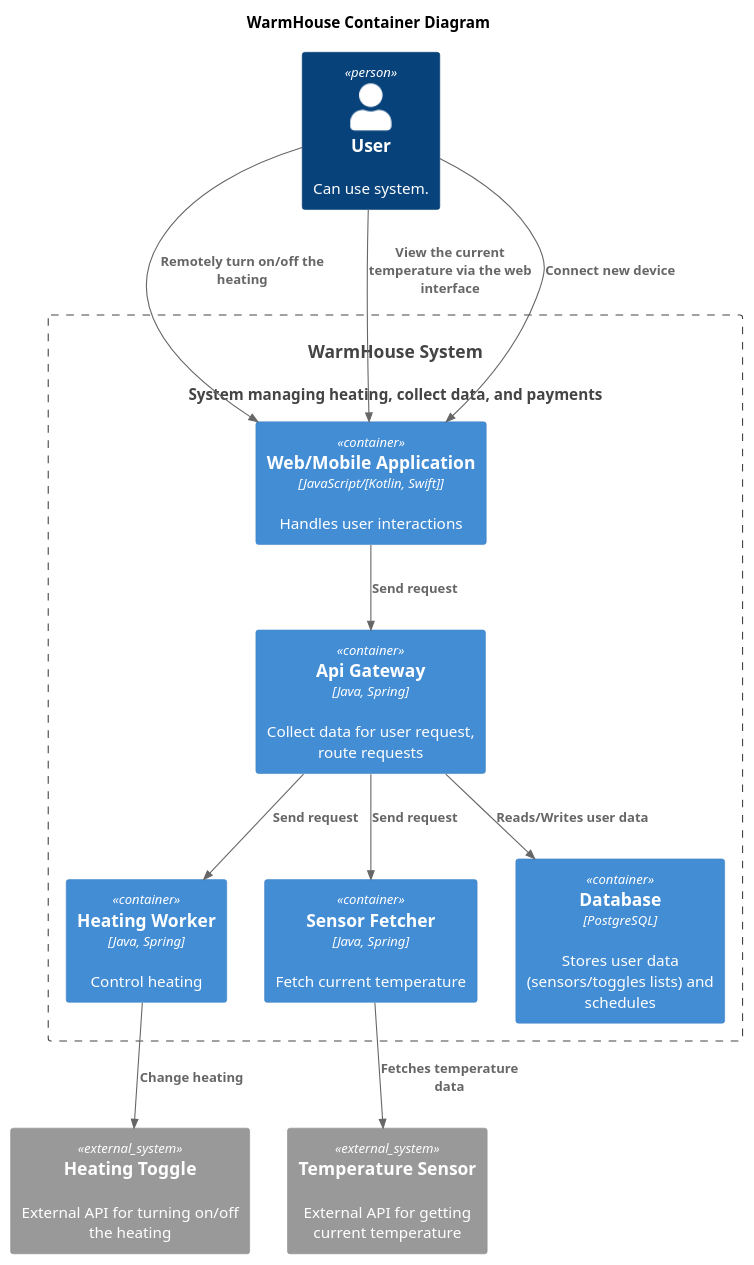
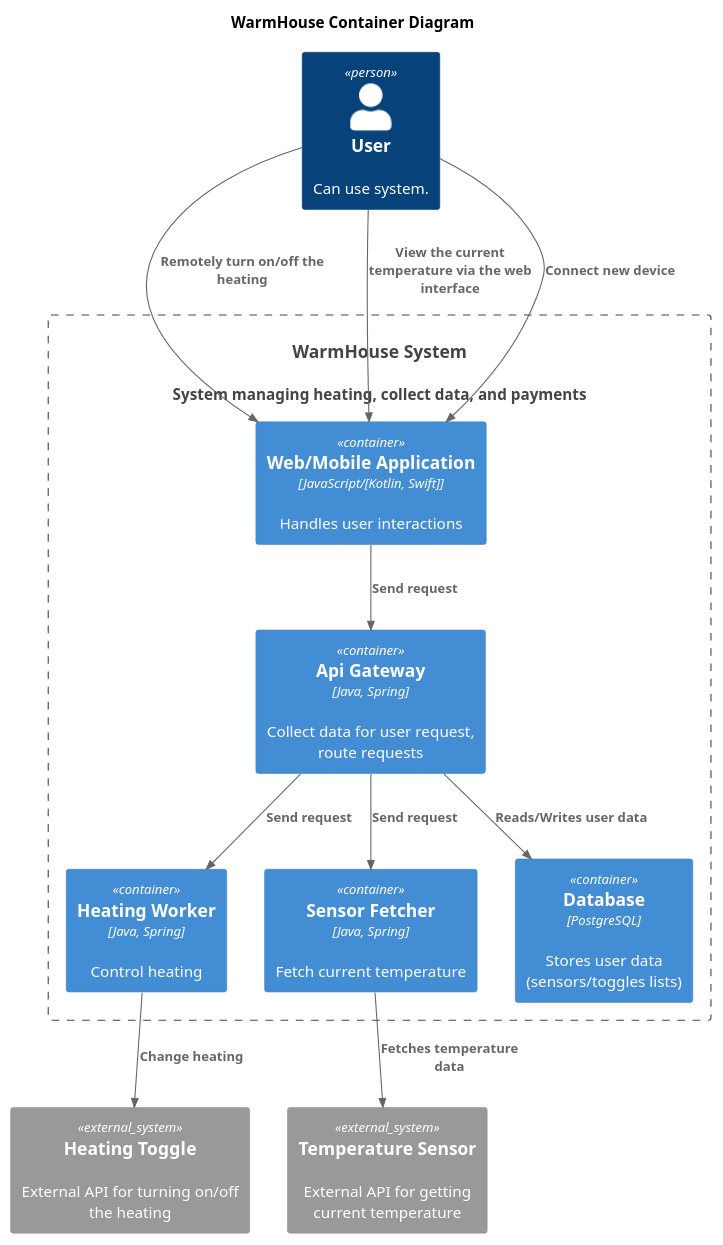
Before and after one commit to BolozR/architecture-pro-warmhouse: the diagram in schemas/Container.puml, drawn with PlantUML. The commit also changed 5 other files, not shown here.

```diff
--- a/schemas/Container.puml
+++ b/schemas/Container.puml
@@ -1,33 +1,33 @@
 @startuml
 title WarmHouse Container Diagram
 
 top to bottom direction
 
 !include templates/C4_Component.puml
 
 Person(user, "User", "Can use system.")
 System(WarmHouse, "WarmHouse System", "System managing heating, collect data, and payments")
 
 Container_Boundary(WarmHouse, "WarmHouse System") {
   Container(App, "Web/Mobile Application", "JavaScript/[Kotlin, Swift]", "Handles user interactions")
   Container(ApiGateway, "Api Gateway", "Java, Spring", "Collect data for user request, route requests")
   Container(HeatingWorker, "Heating Worker", "Java, Spring", "Control heating")
   Container(SensorFetcher, "Sensor Fetcher", "Java, Spring", "Fetch current temperature")
-  Container(Database, "Database", "PostgreSQL", "Stores user data (sensors/toggles lists) and schedules")
+  Container(Database, "Database", "PostgreSQL", "Stores user data (sensors/toggles lists)")
 }
 
 System_Ext(sensors, "Temperature Sensor", "External API for getting current temperature")
 System_Ext(heatingToggle, "Heating Toggle", "External API for turning on/off the heating")
 
 Rel(user, App, "Remotely turn on/off the heating")
 Rel(user, App, "View the current temperature via the web interface")
 Rel(user, App, "Connect new device")
 
 Rel(App, ApiGateway, "Send request")
 Rel(ApiGateway, HeatingWorker, "Send request")
 Rel(ApiGateway, SensorFetcher, "Send request")
 
 Rel(HeatingWorker,heatingToggle,"Change heating")
 Rel(ApiGateway,Database,"Reads/Writes user data")
 Rel(SensorFetcher,sensors,"Fetches temperature data")
 @enduml
```
